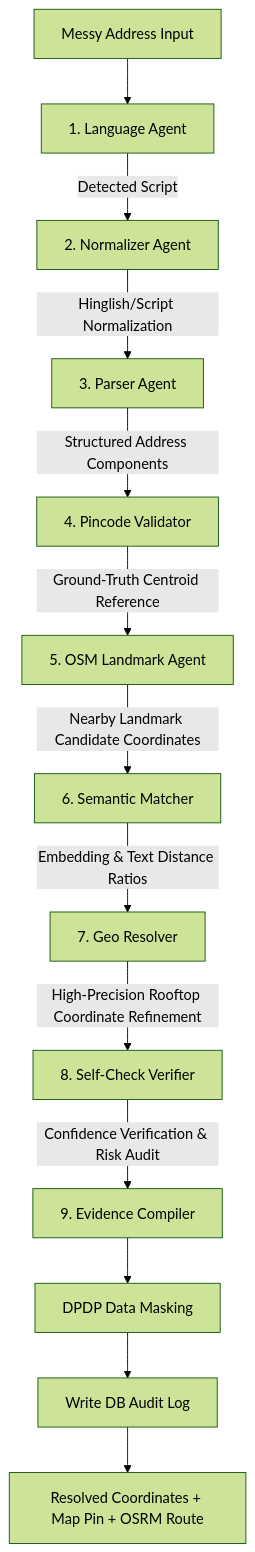
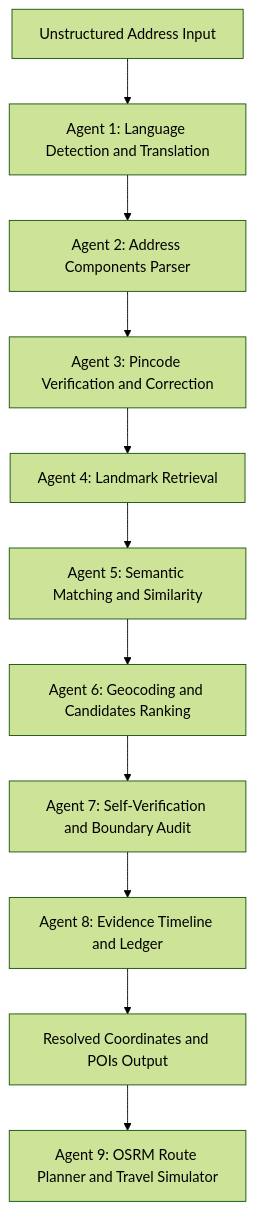
Before and after one commit to kumarbhargav04/TechNova-Pata: the first of 3 diagrams in pata-ai/README.md, drawn with Mermaid (forest theme). The commit also changed other lines of this file and 1 other file, not shown here.

````diff
--- a/pata-ai/README.md
+++ b/pata-ai/README.md
@@ -75,15 +367,13 @@
 ```mermaid
-flowchart TD
-    Input[Messy Address Input] --> A1[1. Language Agent]
-    A1 -->|Detected Script| A2[2. Normalizer Agent]
-    A2 -->|Hinglish/Script Normalization| A3[3. Parser Agent]
-    A3 -->|Structured Address Components| A4[4. Pincode Validator]
-    A4 -->|Ground-Truth Centroid Reference| A5[5. OSM Landmark Agent]
-    A5 -->|Nearby Landmark Candidate Coordinates| A6[6. Semantic Matcher]
-    A6 -->|Embedding & Text Distance Ratios| A7[7. Geo Resolver]
-    A7 -->|High-Precision Rooftop Coordinate Refinement| A8[8. Self-Check Verifier]
-    A8 -->|Confidence Verification & Risk Audit| A9[9. Evidence Compiler]
-    A9 --> Masking[DPDP Data Masking]
-    Masking --> Log[Write DB Audit Log]
-    Log --> Output[Resolved Coordinates + Map Pin + OSRM Route]
+graph TD
+    A[Unstructured Address Input] --> B[Agent 1: Language Detection and Translation]
+    B --> C[Agent 2: Address Components Parser]
+    C --> D[Agent 3: Pincode Verification and Correction]
+    D --> E[Agent 4: Landmark Retrieval]
+    E --> F[Agent 5: Semantic Matching and Similarity]
+    F --> G[Agent 6: Geocoding and Candidates Ranking]
+    G --> H[Agent 7: Self-Verification and Boundary Audit]
+    H --> I[Agent 8: Evidence Timeline and Ledger]
+    I --> J[Resolved Coordinates and POIs Output]
+    J --> K[Agent 9: OSRM Route Planner and Travel Simulator]
 ```
````
